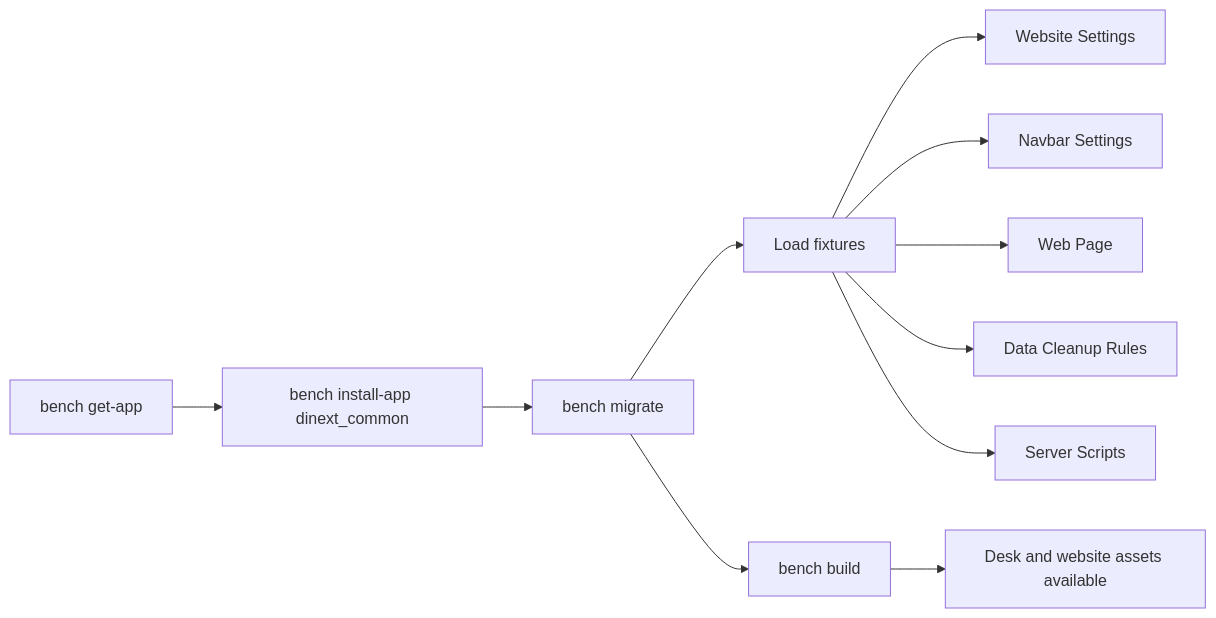
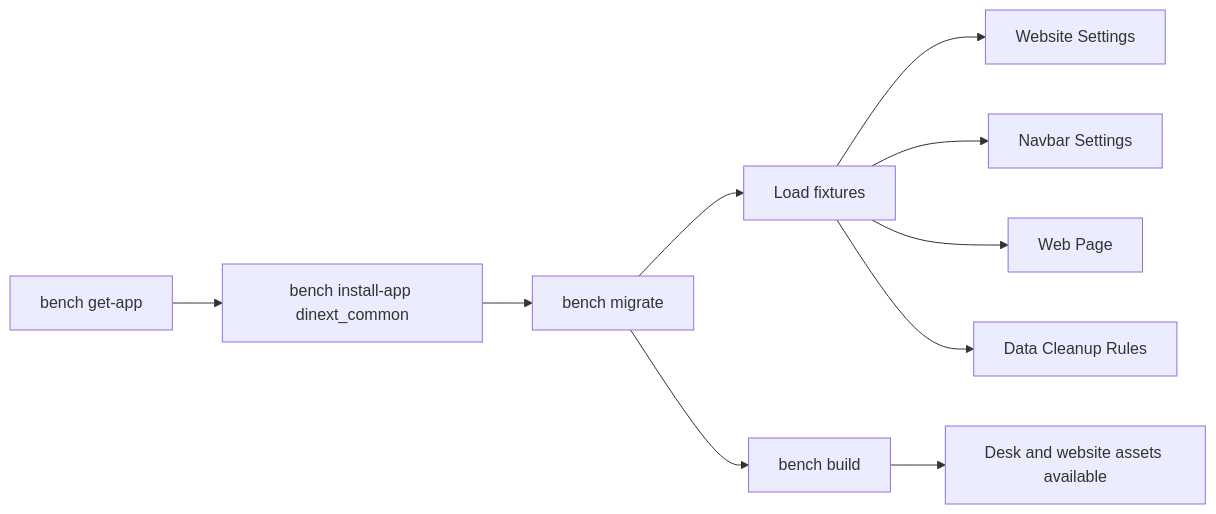
The first of 2 diagrams in README.md (Dinext-pro/dinext-common), drawn with Mermaid before and after one commit. The commit also changed other lines of this file and 15 other files, not shown here.

````diff
--- a/README.md
+++ b/README.md
@@ -285,13 +278,12 @@
 ```mermaid
 flowchart LR
   getApp["bench get-app"] --> installApp["bench install-app dinext_common"]
   installApp --> migrate["bench migrate"]
   migrate --> fixtures["Load fixtures"]
   fixtures --> website["Website Settings"]
   fixtures --> navbar["Navbar Settings"]
   fixtures --> homepage["Web Page"]
   fixtures --> cleanupRules["Data Cleanup Rules"]
-  fixtures --> serverScripts["Server Scripts"]
   migrate --> build["bench build"]
   build --> assets["Desk and website assets available"]
 ```
````
